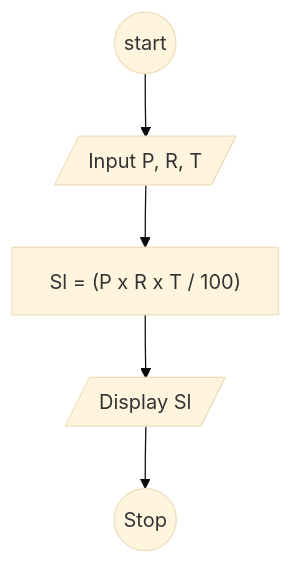
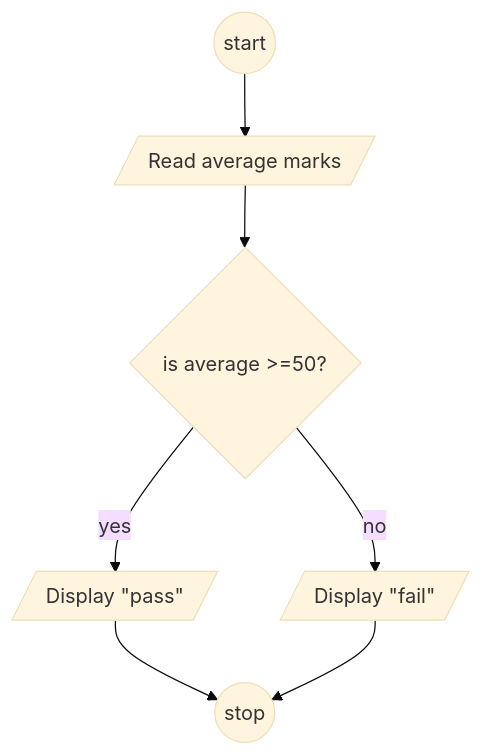
One commit to HermanKumo/Mermaid- changed the diagram in Mermaid visual Studio Code/Determine Pass or Fail.md. Above: the diagram before and after it, drawn with Mermaid (base theme). The commit also changed 6 other files, not shown here.

````diff
--- a/Mermaid visual Studio Code/Determine Pass or Fail.md
+++ b/Mermaid visual Studio Code/Determine Pass or Fail.md
@@ -2,8 +2,10 @@
 ```mermaid
 flowchart TB
 
-    Start((start))-->Input[/Input P, R, T/]
-    Input-->calc["Sl = (P x R x T / 100)"]
-    calc-->Display[/Display Sl/]
-    Display-->stop((Stop))
+    Start((start))-->Input[/Read average marks/]
+    Input-->check{is average >=50?}
+    check--yes-->pass[/Display "pass"/]
+    check--no -->fail[/Display "fail"/]
+    pass-->stop((stop))
+    fail-->stop
 ```    
````
